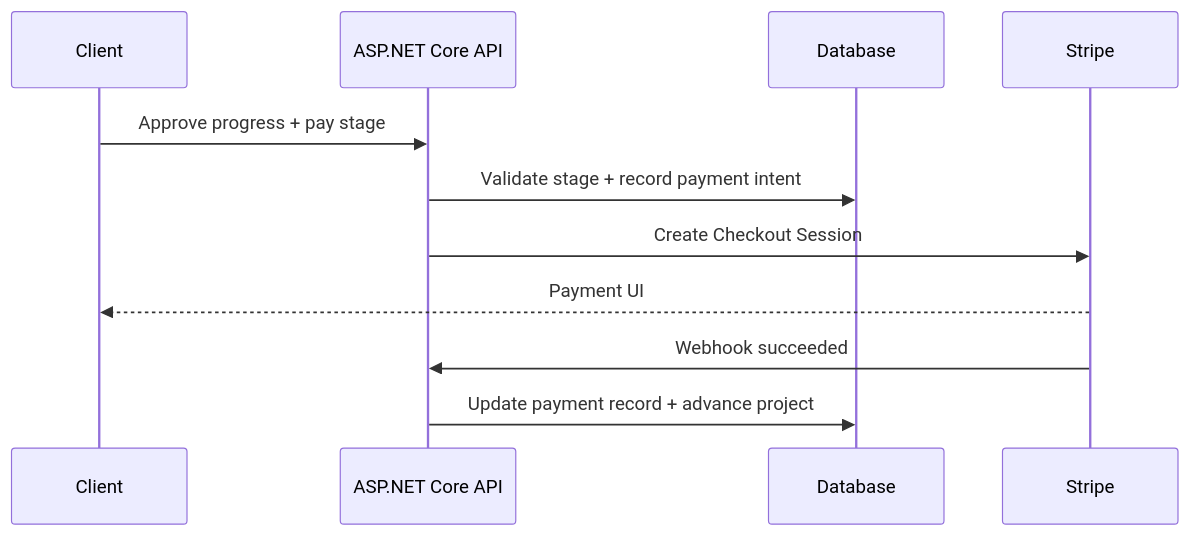
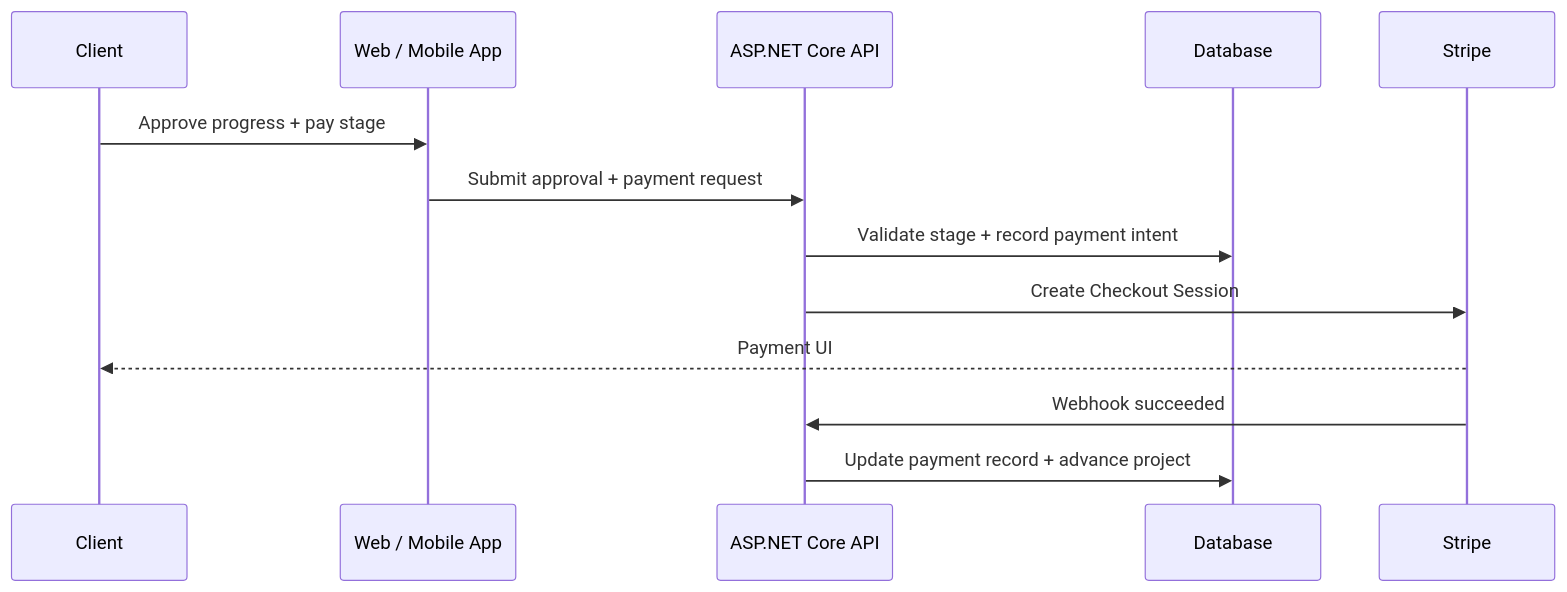
One commit to MNSBaanu/Inside changed the third of 3 diagrams in docs/Proposal/diagrams/architecture-diagrams.md. Above: the diagram before and after it, drawn with Mermaid. The commit also changed other lines of this file and 10 other files, not shown here.

First line of the commit message:
docs(proposal): Expand proposal to include mobile application features and architecture

````diff
--- a/docs/Proposal/diagrams/architecture-diagrams.md
+++ b/docs/Proposal/diagrams/architecture-diagrams.md
@@ -118,14 +125,16 @@
 ```mermaid
 sequenceDiagram
     participant C as Client
+    participant Web as Web / Mobile App
     participant API as ASP.NET Core API
     participant DB as Database
     participant ST as Stripe
 
-    C->>API: Approve progress + pay stage
+    C->>Web: Approve progress + pay stage
+    Web->>API: Submit approval + payment request
     API->>DB: Validate stage + record payment intent
     API->>ST: Create Checkout Session
     ST-->>C: Payment UI
     ST->>API: Webhook succeeded
     API->>DB: Update payment record + advance project
 ```
````
